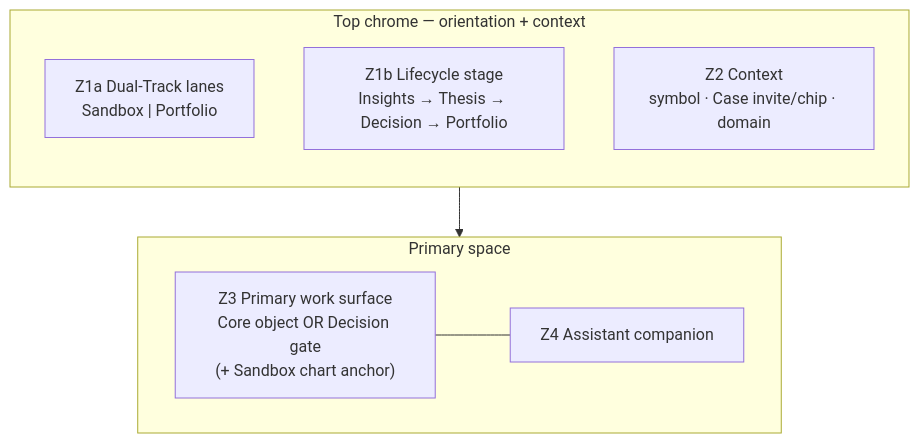
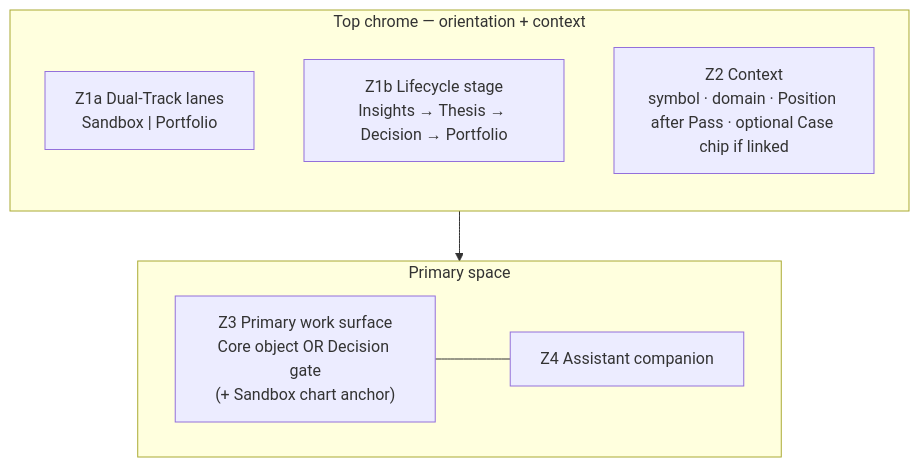
The first of 6 diagrams in docs/system/CONCEPTUAL_IA_MAP.md (d-dragon/dp-stock-investment-assistant), drawn with Mermaid before and after one commit. The commit also changed other lines of this file and 4 other files, not shown here.

````diff
--- a/docs/system/CONCEPTUAL_IA_MAP.md
+++ b/docs/system/CONCEPTUAL_IA_MAP.md
@@ -48,15 +49,15 @@
 ```mermaid
 flowchart BR
   subgraph Top["Top chrome — orientation + context"]
     Z1a["Z1a Dual-Track lanes<br/>Sandbox | Portfolio"]
     Z1b["Z1b Lifecycle stage<br/>Insights → Thesis → Decision → Portfolio"]
-    Z2["Z2 Context<br/>symbol · Case invite/chip · domain"]
+    Z2["Z2 Context<br/>symbol · domain · Position after Pass · optional Case chip if linked"]
   end
   subgraph Primary["Primary space"]
     direction LR
     Z3["Z3 Primary work surface<br/>Core object OR Decision gate<br/>(+ Sandbox chart anchor)"]
     Z4["Z4 Assistant companion"]
   end
   Top --> Primary
   Z3 --- Z4
 ```
````
